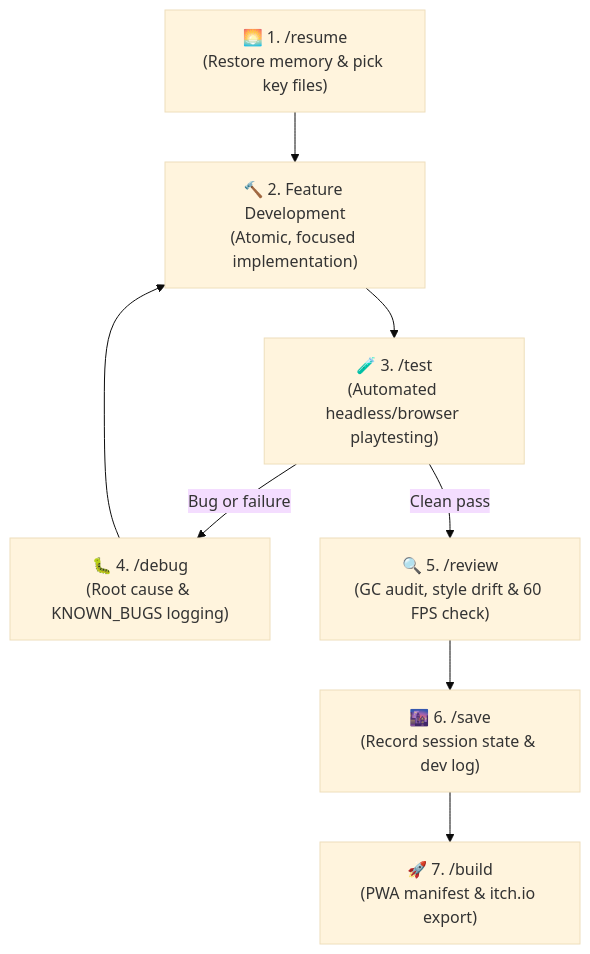
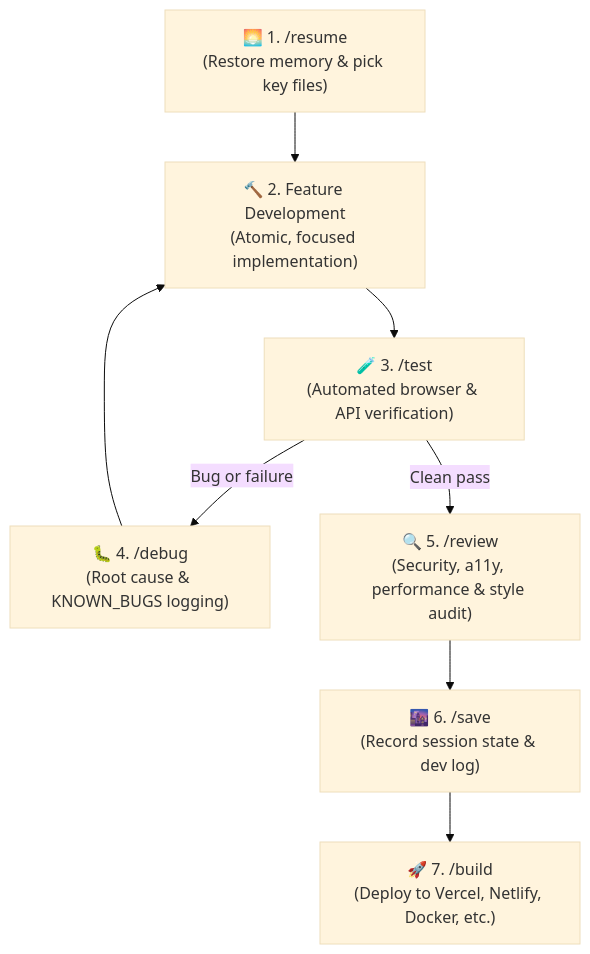
One commit to Samrude1/agentic-fullstack-template changed the diagram in README.md. Above: the diagram before and after it, drawn with Mermaid (base theme). The commit also changed other lines of this file and 39 other files, not shown here.

````diff
--- a/README.md
+++ b/README.md
@@ -29,10 +29,10 @@
 ```mermaid
 graph TD
     A["🌅 1. /resume<br/>(Restore memory & pick key files)"] --> B["🔨 2. Feature Development<br/>(Atomic, focused implementation)"]
-    B --> C["🧪 3. /test<br/>(Automated headless/browser playtesting)"]
+    B --> C["🧪 3. /test<br/>(Automated browser & API verification)"]
     C -- Bug or failure --> D["🐛 4. /debug<br/>(Root cause & KNOWN_BUGS logging)"]
     D --> B
-    C -- Clean pass --> E["🔍 5. /review<br/>(GC audit, style drift & 60 FPS check)"]
+    C -- Clean pass --> E["🔍 5. /review<br/>(Security, a11y, performance & style audit)"]
     E --> F["🌆 6. /save<br/>(Record session state & dev log)"]
-    F --> G["🚀 7. /build<br/>(PWA manifest & itch.io export)"]
+    F --> G["🚀 7. /build<br/>(Deploy to Vercel, Netlify, Docker, etc.)"]
 ```
````
